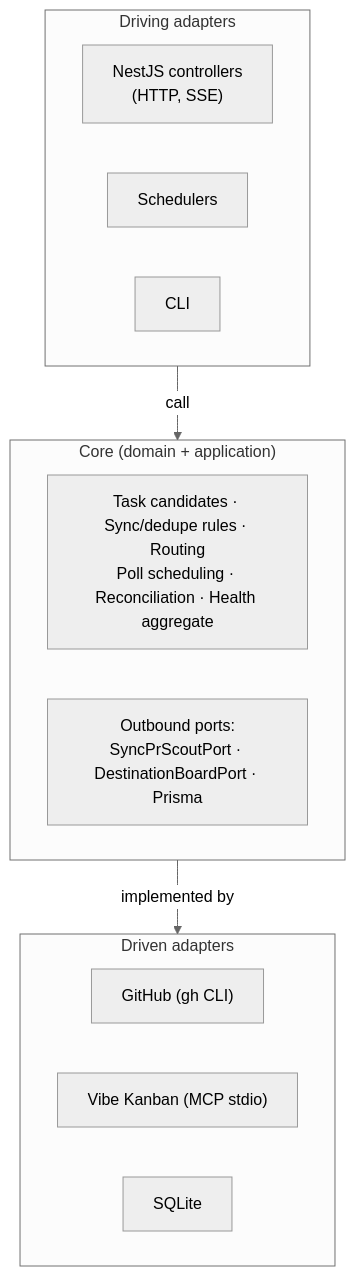
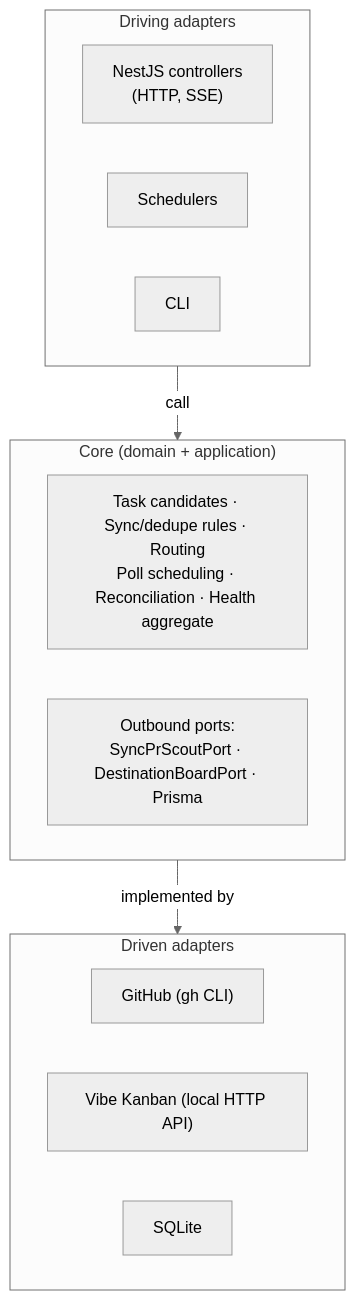
One commit to alexpialetski/vibe-squire changed the first of 2 diagrams in docs/ARCHITECTURE.md. Above: the diagram before and after it, drawn with Mermaid (neutral theme). The commit also changed other lines of this file and 81 other files, not shown here.

First line of the commit message:
feat(vibe-kanban)!: replace MCP with local HTTP API

````diff
--- a/docs/ARCHITECTURE.md
+++ b/docs/ARCHITECTURE.md
@@ -9,22 +9,22 @@
 ```mermaid
 graph TB
     subgraph Driving["Driving adapters"]
         Controllers["NestJS controllers<br/>(HTTP, SSE)"]
         Schedulers["Schedulers"]
         CLI["CLI"]
     end
 
     subgraph Core["Core (domain + application)"]
         Logic["Task candidates · Sync/dedupe rules · Routing<br/>Poll scheduling · Reconciliation · Health aggregate"]
         Ports["Outbound ports:<br/>SyncPrScoutPort · DestinationBoardPort · Prisma"]
     end
 
     subgraph Driven["Driven adapters"]
         GH["GitHub (gh CLI)"]
-        VK["Vibe Kanban (MCP stdio)"]
+        VK["Vibe Kanban (local HTTP API)"]
         DB["SQLite"]
     end
 
     Driving -- "call" --> Core
     Core -- "implemented by" --> Driven
 ```
````
